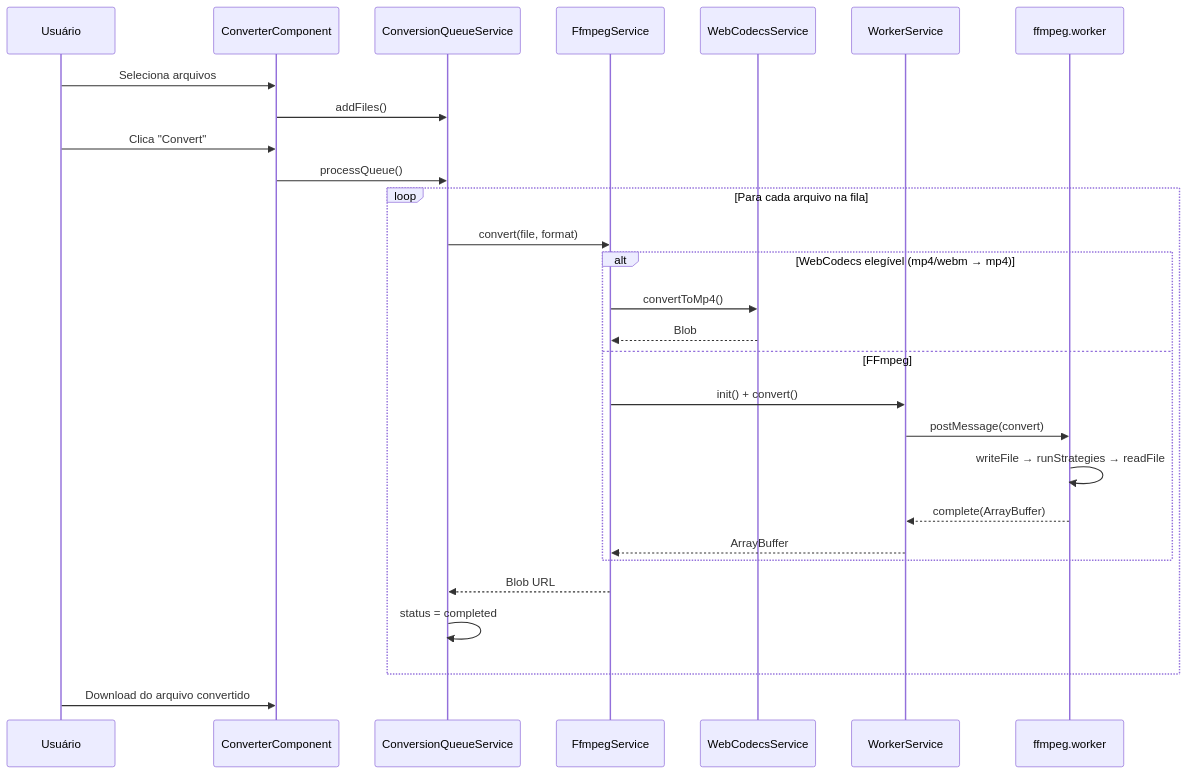
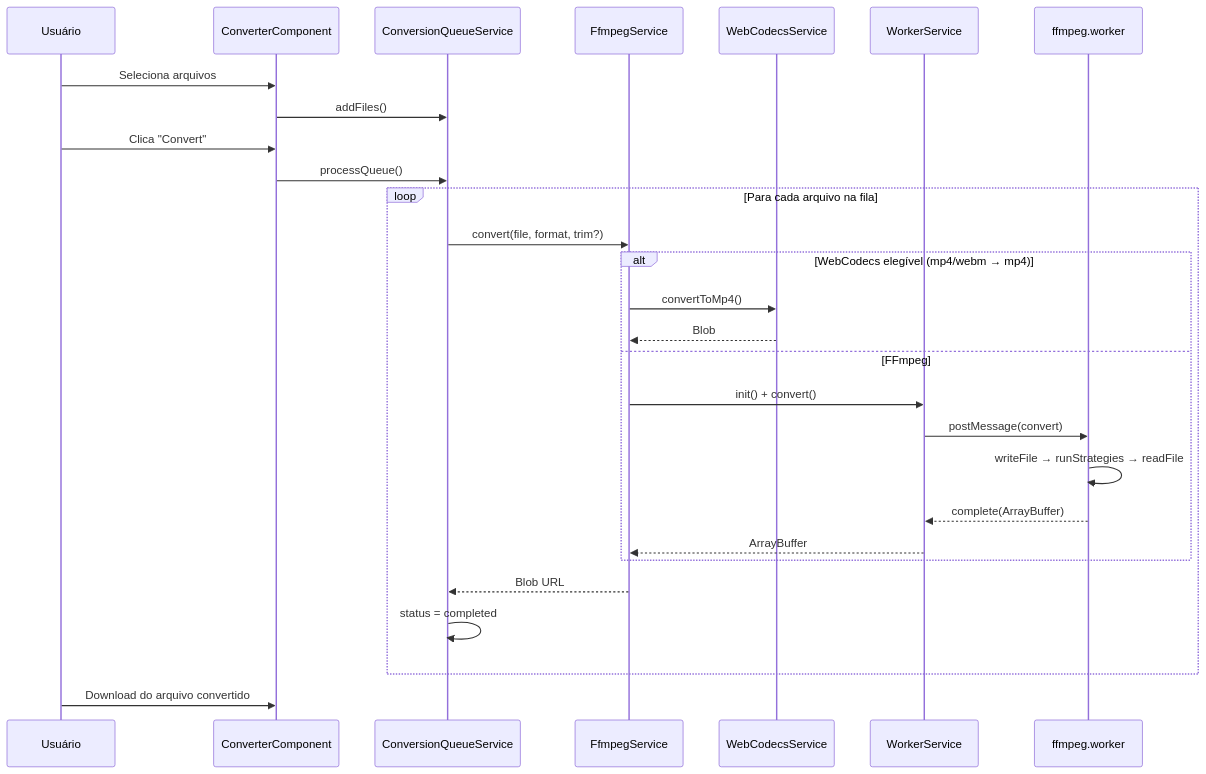
The first of 2 diagrams in docs/DOCUMENTATION.md (Joaovvb/NoUploadVideo), drawn with Mermaid before and after one commit. The commit also changed other lines of this file and 8 other files, not shown here.

````diff
--- a/docs/DOCUMENTATION.md
+++ b/docs/DOCUMENTATION.md
@@ -393,31 +421,31 @@
 ```mermaid
 sequenceDiagram
     participant U as Usuário
     participant C as ConverterComponent
     participant Q as ConversionQueueService
     participant F as FfmpegService
     participant W as WebCodecsService
     participant WS as WorkerService
     participant WK as ffmpeg.worker
 
     U->>C: Seleciona arquivos
     C->>Q: addFiles()
     U->>C: Clica "Convert"
     C->>Q: processQueue()
     loop Para cada arquivo na fila
-        Q->>F: convert(file, format)
+        Q->>F: convert(file, format, trim?)
         alt WebCodecs elegível (mp4/webm → mp4)
             F->>W: convertToMp4()
             W-->>F: Blob
         else FFmpeg
             F->>WS: init() + convert()
             WS->>WK: postMessage(convert)
             WK->>WK: writeFile → runStrategies → readFile
             WK-->>WS: complete(ArrayBuffer)
             WS-->>F: ArrayBuffer
         end
         F-->>Q: Blob URL
         Q->>Q: status = completed
     end
     U->>C: Download do arquivo convertido
 ```
````
